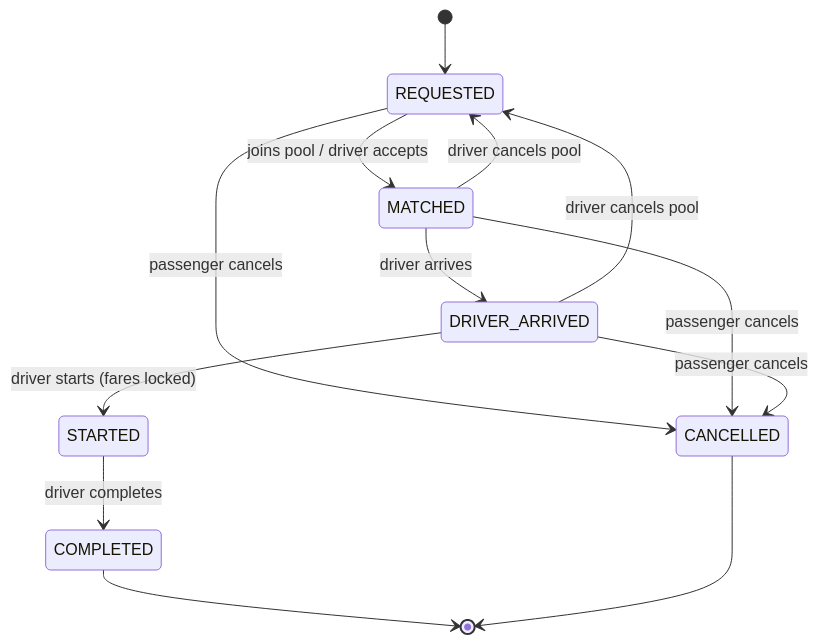
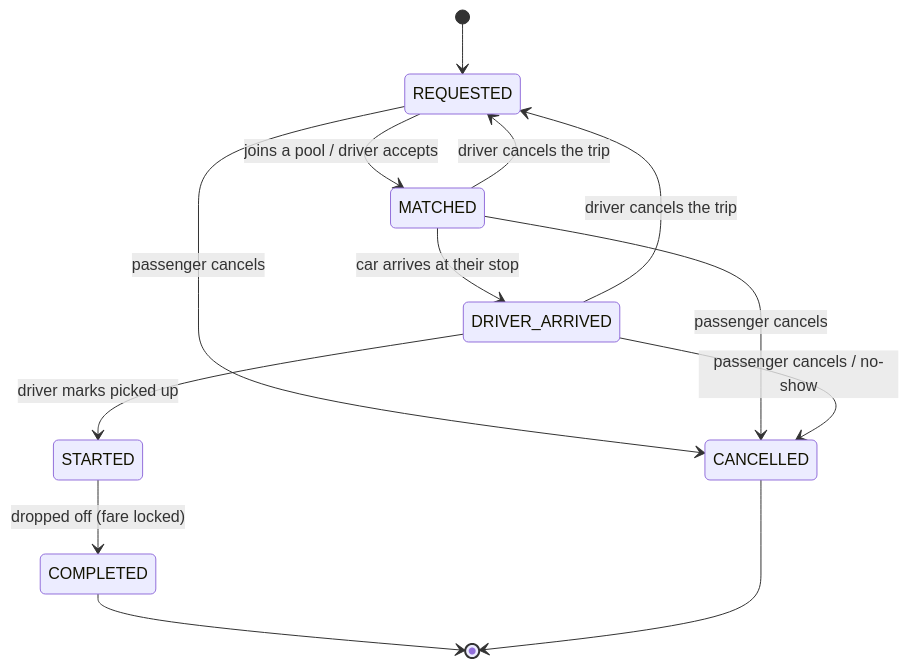
The second of 2 diagrams in docs/assumptions.md (istiak133/Tesla), drawn with Mermaid before and after one commit. The commit also changed other lines of this file and 16 other files, not shown here.

Commit message:
docs: routes, R1-R4 matching, stop-by-stop lifecycle and fare at drop-off

````diff
--- a/docs/assumptions.md
+++ b/docs/assumptions.md
@@ -172,15 +183,15 @@
 ```mermaid
 stateDiagram-v2
     [*] --> REQUESTED
-    REQUESTED --> MATCHED: joins pool / driver accepts
-    MATCHED --> DRIVER_ARRIVED: driver arrives
-    DRIVER_ARRIVED --> STARTED: driver starts (fares locked)
-    STARTED --> COMPLETED: driver completes
+    REQUESTED --> MATCHED: joins a pool / driver accepts
+    MATCHED --> DRIVER_ARRIVED: car arrives at their stop
+    DRIVER_ARRIVED --> STARTED: driver marks picked up
+    STARTED --> COMPLETED: dropped off (fare locked)
     REQUESTED --> CANCELLED: passenger cancels
     MATCHED --> CANCELLED: passenger cancels
-    DRIVER_ARRIVED --> CANCELLED: passenger cancels
-    MATCHED --> REQUESTED: driver cancels pool
-    DRIVER_ARRIVED --> REQUESTED: driver cancels pool
+    DRIVER_ARRIVED --> CANCELLED: passenger cancels / no-show
+    MATCHED --> REQUESTED: driver cancels the trip
+    DRIVER_ARRIVED --> REQUESTED: driver cancels the trip
     COMPLETED --> [*]
     CANCELLED --> [*]
 ```
````
